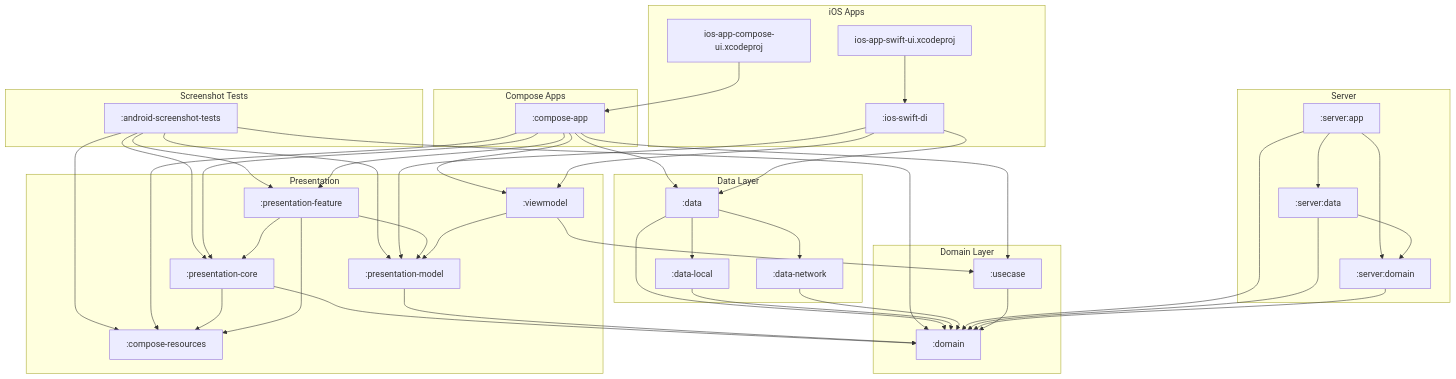
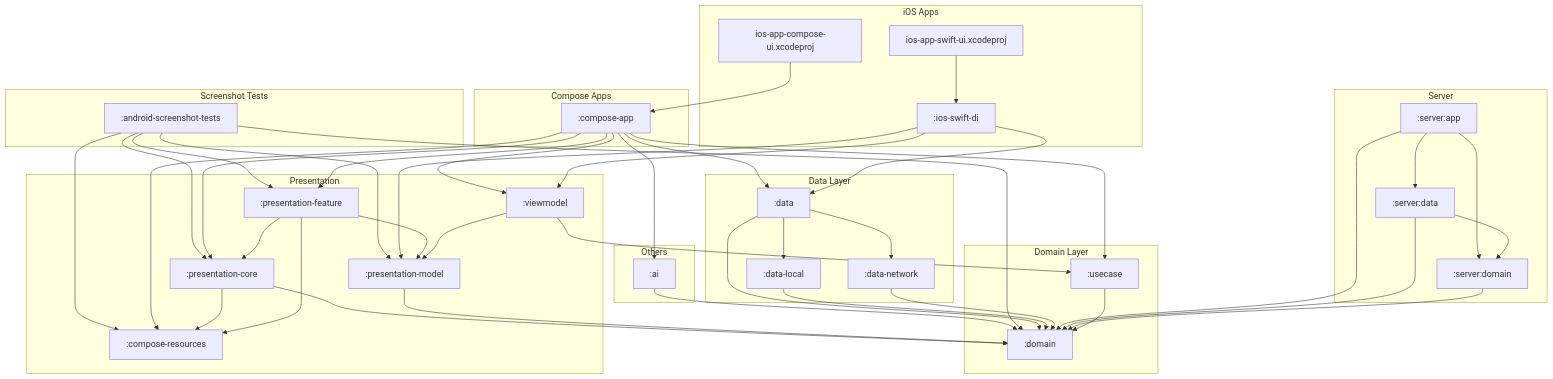
Before and after one commit to cartland/battery-butler: the diagram in docs/diagrams/full_system_structure.mmd, drawn with Mermaid. The commit also changed 9 other files, not shown here.

```diff
--- a/docs/diagrams/full_system_structure.mmd
+++ b/docs/diagrams/full_system_structure.mmd
@@ -1,92 +1,99 @@
 graph TD
     subgraph "iOS Apps"
         IosSwiftDi[":ios-swift-di"]
         IosAppComposeUi.xcodeproj["ios-app-compose-ui.xcodeproj"]
         IosAppSwiftUi.xcodeproj["ios-app-swift-ui.xcodeproj"]
     end
 
     subgraph "Compose Apps"
         ComposeApp[":compose-app"]
     end
 
     subgraph "Server"
         ServerApp[":server:app"]
         ServerData[":server:data"]
         ServerDomain[":server:domain"]
     end
 
     subgraph "Presentation"
         ComposeResources[":compose-resources"]
         PresentationCore[":presentation-core"]
         PresentationFeature[":presentation-feature"]
         PresentationModel[":presentation-model"]
         Viewmodel[":viewmodel"]
     end
 
     subgraph "Domain Layer"
         Domain[":domain"]
         Usecase[":usecase"]
     end
 
     subgraph "Data Layer"
         Data[":data"]
         DataLocal[":data-local"]
         DataNetwork[":data-network"]
     end
 
     subgraph "Screenshot Tests"
         AndroidScreenshotTests[":android-screenshot-tests"]
     end
 
+    subgraph "Others"
+        Ai[":ai"]
+    end
+
     %% Dependencies
+    Ai --> Domain
+
     AndroidScreenshotTests --> ComposeResources
     AndroidScreenshotTests --> Domain
     AndroidScreenshotTests --> PresentationCore
     AndroidScreenshotTests --> PresentationFeature
     AndroidScreenshotTests --> PresentationModel
 
+    ComposeApp --> Ai
     ComposeApp --> ComposeResources
     ComposeApp --> Data
     ComposeApp --> PresentationCore
     ComposeApp --> PresentationFeature
     ComposeApp --> Usecase
     ComposeApp --> Viewmodel
 
     Data --> DataLocal
     Data --> DataNetwork
     Data --> Domain
 
     DataLocal --> Domain
 
     DataNetwork --> Domain
 
     IosSwiftDi --> Data
     IosSwiftDi --> PresentationModel
     IosSwiftDi --> Viewmodel
 
     PresentationCore --> ComposeResources
     PresentationCore --> Domain
 
     PresentationFeature --> ComposeResources
     PresentationFeature --> PresentationCore
     PresentationFeature --> PresentationModel
 
     PresentationModel --> Domain
 
     ServerApp --> Domain
     ServerApp --> ServerData
     ServerApp --> ServerDomain
 
     ServerData --> Domain
     ServerData --> ServerDomain
 
     ServerDomain --> Domain
 
     Usecase --> Domain
 
     Viewmodel --> PresentationModel
     Viewmodel --> Usecase
 
     IosAppComposeUi.xcodeproj --> ComposeApp
 
     IosAppSwiftUi.xcodeproj --> IosSwiftDi
```
